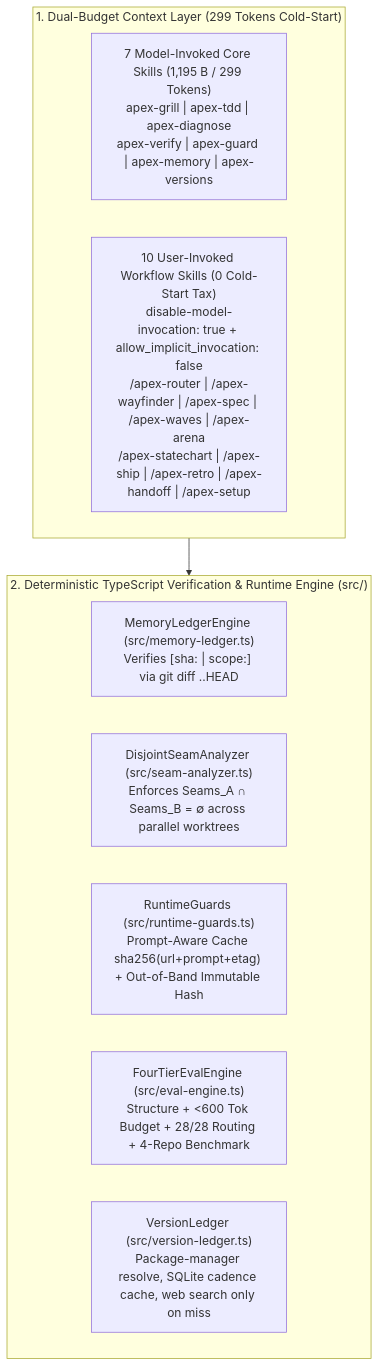
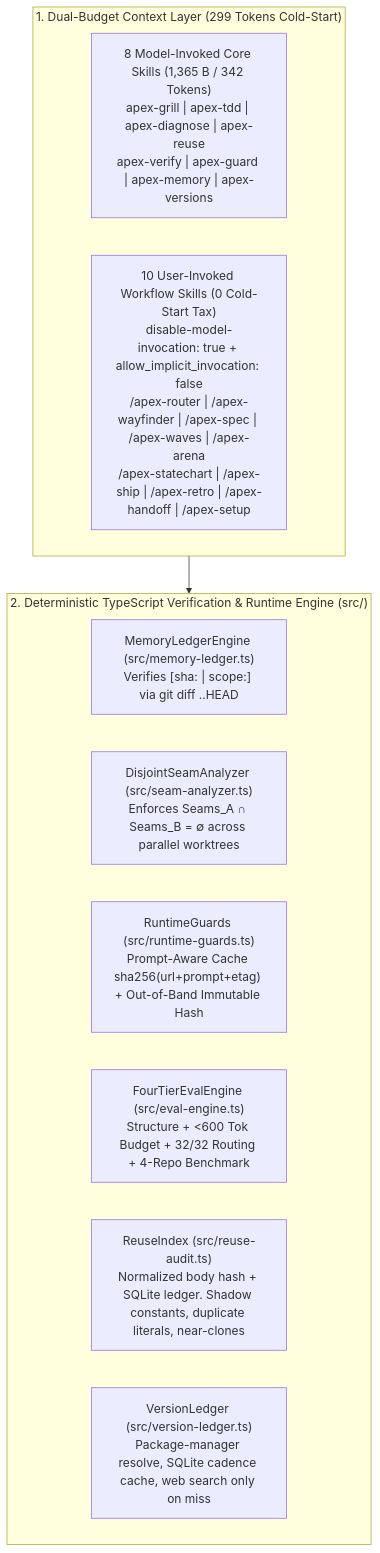
One commit to thehenrylabsdev/apex-skills changed the second of 2 diagrams in README.md. Above: the diagram before and after it, drawn with Mermaid. The commit also changed other lines of this file and 63 other files, not shown here.

````diff
--- a/README.md
+++ b/README.md
@@ -68,19 +68,20 @@
 ```mermaid
 flowchart TB
     subgraph Budget["1. Dual-Budget Context Layer (299 Tokens Cold-Start)"]
         direction LR
-        M6["7 Model-Invoked Core Skills (1,195 B / 299 Tokens)<br/>apex-grill | apex-tdd | apex-diagnose<br/>apex-verify | apex-guard | apex-memory | apex-versions"]
+        M6["8 Model-Invoked Core Skills (1,365 B / 342 Tokens)<br/>apex-grill | apex-tdd | apex-diagnose | apex-reuse<br/>apex-verify | apex-guard | apex-memory | apex-versions"]
         U10["10 User-Invoked Workflow Skills (0 Cold-Start Tax)<br/>disable-model-invocation: true + allow_implicit_invocation: false<br/>/apex-router | /apex-wayfinder | /apex-spec | /apex-waves | /apex-arena<br/>/apex-statechart | /apex-ship | /apex-retro | /apex-handoff | /apex-setup"]
     end
 
     subgraph Engine["2. Deterministic TypeScript Verification & Runtime Engine (src/)"]
         direction LR
         E1["MemoryLedgerEngine (src/memory-ledger.ts)<br/>Verifies [sha:<commit> | scope:<glob>] via git diff <sha>..HEAD"]
         E2["DisjointSeamAnalyzer (src/seam-analyzer.ts)<br/>Enforces Seams_A ∩ Seams_B = ∅ across parallel worktrees"]
         E3["RuntimeGuards (src/runtime-guards.ts)<br/>Prompt-Aware Cache sha256(url+prompt+etag) + Out-of-Band Immutable Hash"]
-        E4["FourTierEvalEngine (src/eval-engine.ts)<br/>Structure + <600 Tok Budget + 28/28 Routing + 4-Repo Benchmark"]
+        E4["FourTierEvalEngine (src/eval-engine.ts)<br/>Structure + <600 Tok Budget + 32/32 Routing + 4-Repo Benchmark"]
+        E6["ReuseIndex (src/reuse-audit.ts)<br/>Normalized body hash + SQLite ledger. Shadow constants, duplicate literals, near-clones"]
         E5["VersionLedger (src/version-ledger.ts)<br/>Package-manager resolve, SQLite cadence cache, web search only on miss"]
     end
 
     Budget --> Engine
 ```
````
